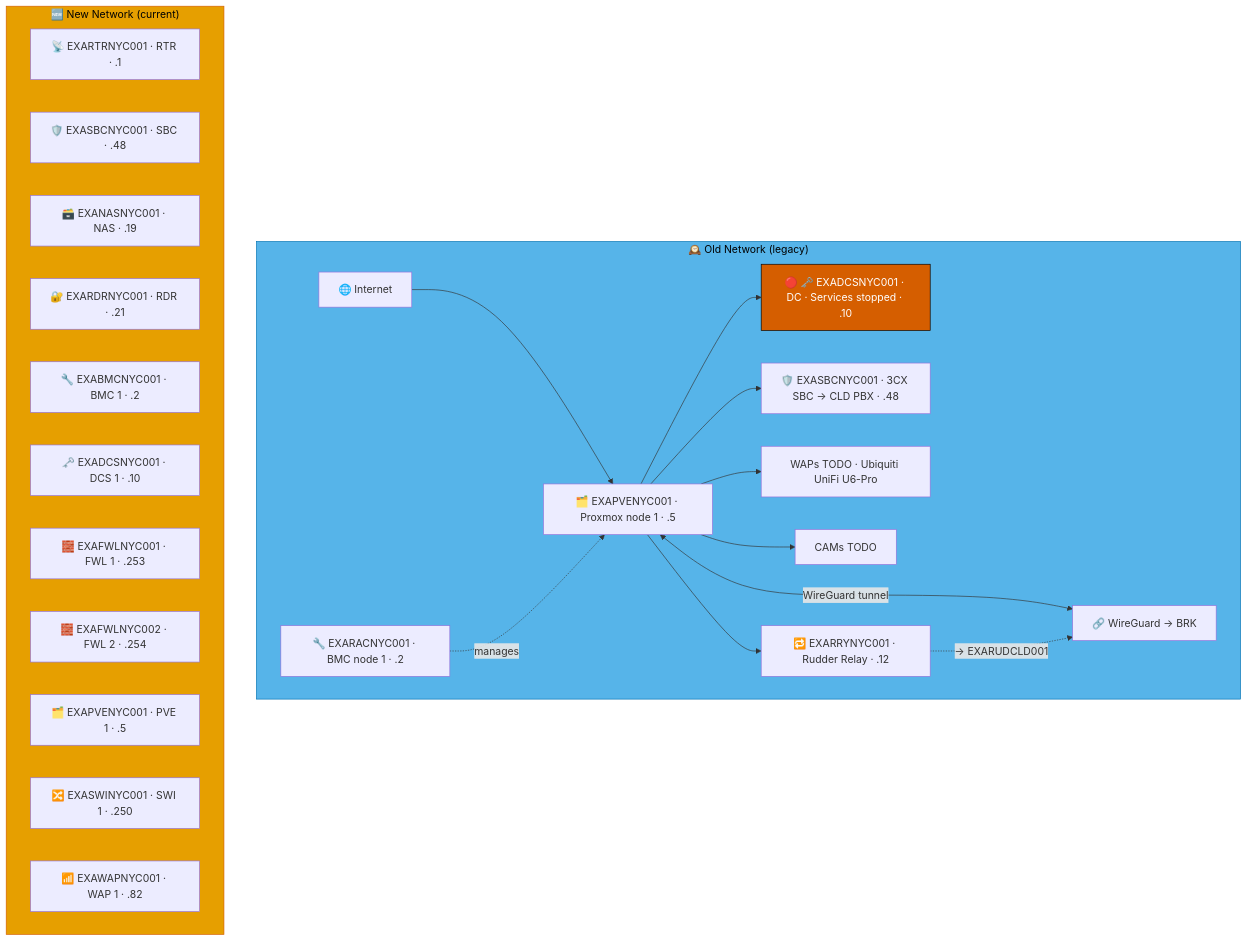
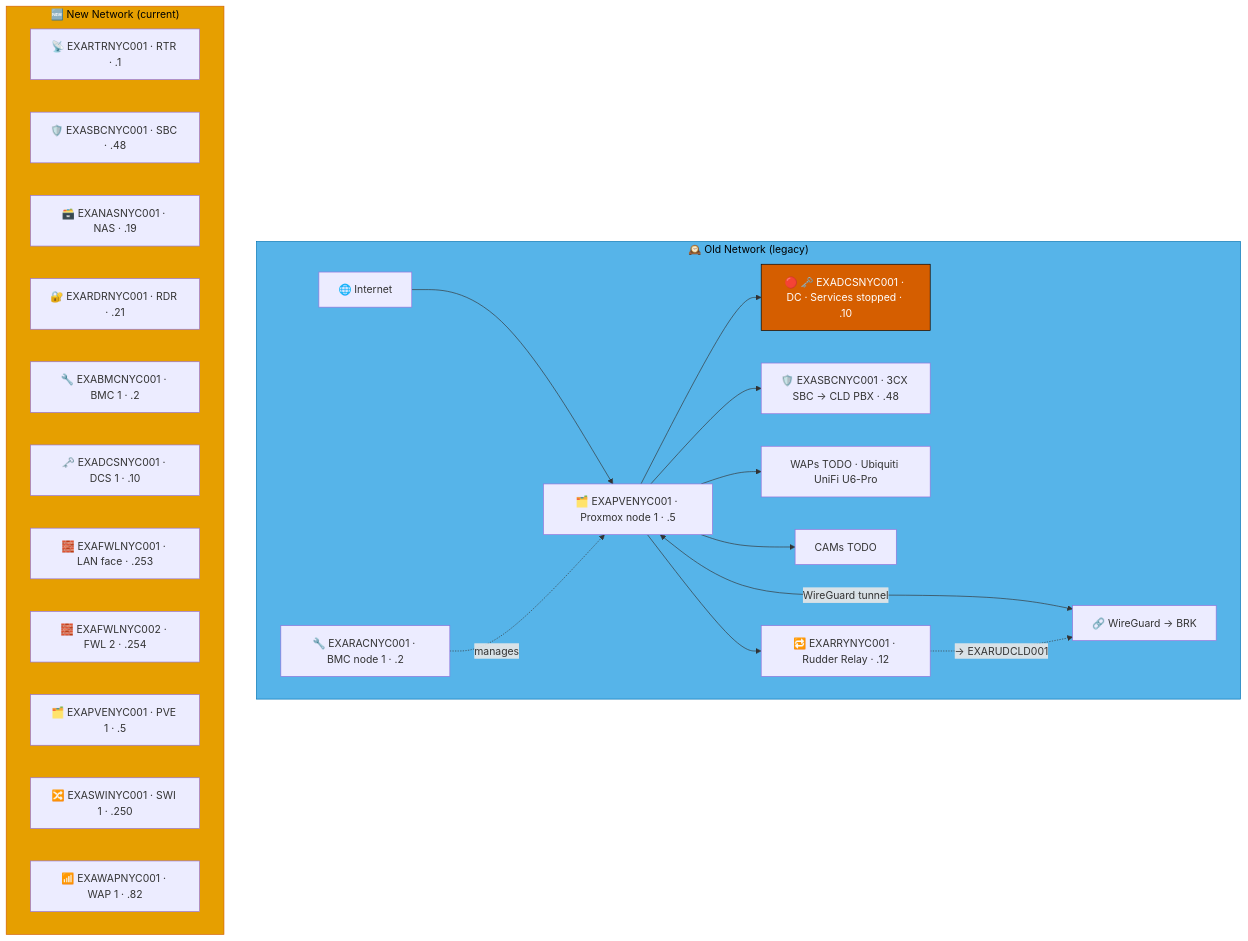
The second of 8 diagrams in docs/network-diagram/united-states.md (knightmare2600/example_music_infra), drawn with Mermaid before and after one commit. The commit also changed other lines of this file and 17 other files, not shown here.

````diff
--- a/docs/network-diagram/united-states.md
+++ b/docs/network-diagram/united-states.md
@@ -95,41 +95,41 @@
 ```mermaid
 graph TD
     subgraph OLD_NYC ["🕰️ Old Network (legacy)"]
       INET["🌐 Internet"]
       RAC["🔧 EXARACNYC001 · BMC node 1 · .2"]
       PVE["🗂️ EXAPVENYC001 · Proxmox node 1 · .5"]
       DC["🔴 🗝️ EXADCSNYC001 · DC · Services stopped · .10"]
       SBC["🛡️ EXASBCNYC001 · 3CX SBC → CLD PBX · .48"]
       RRY["🔁 EXARRYNYC001 · Rudder Relay · .12"]
       WAP["WAPs TODO · Ubiquiti UniFi U6-Pro"]
       CAM["CAMs TODO"]
       VPN["🔗 WireGuard → BRK"]
 
       INET --> PVE --> DC & SBC
       RAC -.->|"manages"| PVE
       PVE --> WAP & CAM
       PVE <-->|"WireGuard tunnel"| VPN
 
       PVE --> RRY
       RRY -. "→ EXARUDCLD001" .-> VPN
     end
     style OLD_NYC fill:#56B4E9,stroke:#0072B2,color:#000000
     %% GENERATED:NEW-NETWORK:NYC:START
     subgraph NEW_NYC ["🆕 New Network (current)"]
       N_RTR["📡 EXARTRNYC001 · RTR · .1"]
       N_SBC["🛡️ EXASBCNYC001 · SBC · .48"]
       N_NAS["🗃️ EXANASNYC001 · NAS · .19"]
       N_RDR["🔐 EXARDRNYC001 · RDR · .21"]
       N_BMC["🔧 EXABMCNYC001 · BMC 1 · .2"]
       N_DCS["🗝️ EXADCSNYC001 · DCS 1 · .10"]
-      N_FWL["🧱 EXAFWLNYC001 · FWL 1 · .253"]
+      N_FWL["🧱 EXAFWLNYC001 · LAN face · .253"]
       N_FWL2["🧱 EXAFWLNYC002 · FWL 2 · .254"]
       N_PVE["🗂️ EXAPVENYC001 · PVE 1 · .5"]
       N_SWI["🔀 EXASWINYC001 · SWI 1 · .250"]
       N_WAP["📶 EXAWAPNYC001 · WAP 1 · .82"]
     end
     style NEW_NYC fill:#E69F00,stroke:#D55E00,color:#000000
     %% GENERATED:NEW-NETWORK:NYC:END
     classDef warn fill:#D55E00,stroke:#000000,color:#ffffff
     class DC warn
 ```
````
